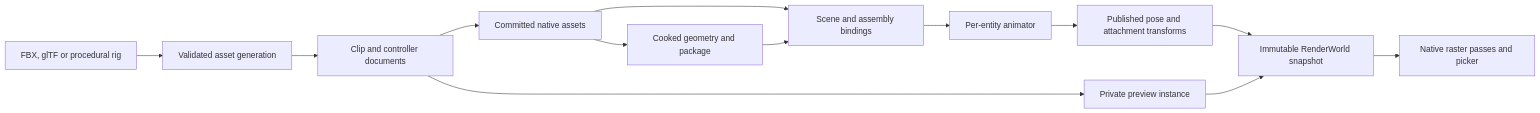
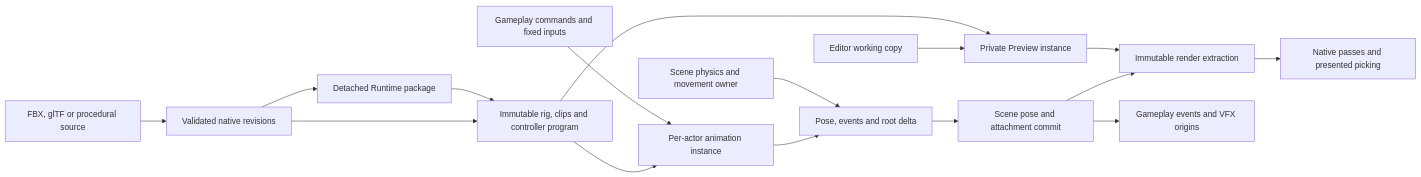
The diagram in docs/milestones/MILESTONE_17_ANIMATION/ARCHITECTURE.md (nguyenphong0210/AxleEngine), drawn with Mermaid before and after one commit. The commit also changed other lines of this file and 1 other file, not shown here.

Commit message:
docs(m17): redesign skeletal animation architecture

````diff
--- a/docs/milestones/MILESTONE_17_ANIMATION/ARCHITECTURE.md
+++ b/docs/milestones/MILESTONE_17_ANIMATION/ARCHITECTURE.md
@@ -20,15 +21,18 @@
 ```mermaid
 flowchart LR
-    Source["FBX, glTF or procedural rig"] --> Import["Validated asset generation"]
-    Import --> Docs["Clip and controller documents"]
-    Docs --> Saved["Committed native assets"]
-    Saved --> Binding["Scene and assembly bindings"]
-    Saved --> Export["Cooked geometry and package"]
-    Export --> Binding
-    Binding --> Instance["Per-entity animator"]
-    Instance --> Pose["Published pose and attachment transforms"]
-    Pose --> Extract["Immutable RenderWorld snapshot"]
-    Extract --> Draw["Native raster passes and picker"]
-    Docs --> Preview["Private preview instance"]
+    Source["FBX, glTF or procedural source"] --> Assets["Validated native revisions"]
+    Assets --> Compile["Immutable rig, clips and controller program"]
+    Compile --> Instance["Per-actor animation instance"]
+    Commands["Gameplay commands and fixed inputs"] --> Instance
+    Instance --> Result["Pose, events and root delta"]
+    Physics["Scene physics and movement owner"] --> Result
+    Result --> Commit["Scene pose and attachment commit"]
+    Commit --> Extract["Immutable render extraction"]
+    Extract --> Render["Native passes and presented picking"]
+    Commit --> Gameplay["Gameplay events and VFX origins"]
+    Assets --> Package["Detached Runtime package"]
+    Package --> Compile
+    Draft["Editor working copy"] --> Preview["Private Preview instance"]
+    Compile --> Preview
     Preview --> Extract
 ```
````
